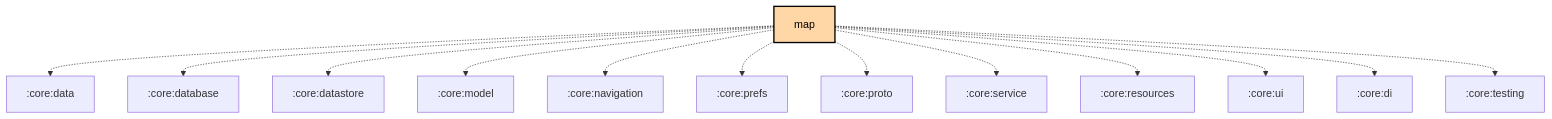
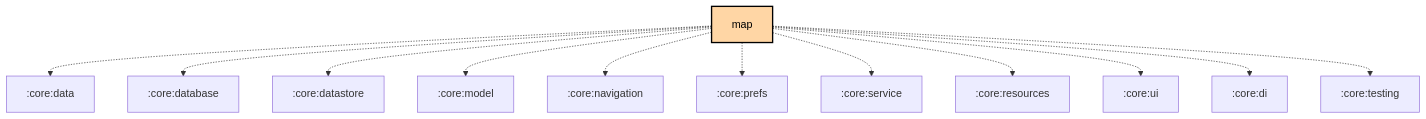
The diagram in feature/map/README.md (meshtastic/Meshtastic-Android), drawn with Mermaid before and after one commit. The commit also changed 17 other files, not shown here.

First line of the commit message:
chore: Scheduled updates (Firmware, Hardware, Translations, Graphs)

````diff
--- a/feature/map/README.md
+++ b/feature/map/README.md
@@ -45,30 +45,29 @@
 ```mermaid
 graph TB
   :feature:map[map]:::kmp-feature
   :feature:map -.-> :core:data
   :feature:map -.-> :core:database
   :feature:map -.-> :core:datastore
   :feature:map -.-> :core:model
   :feature:map -.-> :core:navigation
   :feature:map -.-> :core:prefs
-  :feature:map -.-> :core:proto
   :feature:map -.-> :core:service
   :feature:map -.-> :core:resources
   :feature:map -.-> :core:ui
   :feature:map -.-> :core:di
   :feature:map -.-> :core:testing
 
 classDef android-application fill:#CAFFBF,stroke:#000,stroke-width:2px,color:#000;
 classDef android-application-compose fill:#CAFFBF,stroke:#000,stroke-width:2px,color:#000;
 classDef compose-desktop-application fill:#CAFFBF,stroke:#000,stroke-width:2px,color:#000;
 classDef android-feature fill:#FFD6A5,stroke:#000,stroke-width:2px,color:#000;
 classDef android-library fill:#9BF6FF,stroke:#000,stroke-width:2px,color:#000;
 classDef android-library-compose fill:#9BF6FF,stroke:#000,stroke-width:2px,color:#000;
 classDef android-test fill:#A0C4FF,stroke:#000,stroke-width:2px,color:#000;
 classDef jvm-library fill:#BDB2FF,stroke:#000,stroke-width:2px,color:#000;
 classDef kmp-feature fill:#FFD6A5,stroke:#000,stroke-width:2px,color:#000;
 classDef kmp-library-compose fill:#FFC1CC,stroke:#000,stroke-width:2px,color:#000;
 classDef kmp-library fill:#FFC1CC,stroke:#000,stroke-width:2px,color:#000;
 classDef unknown fill:#FFADAD,stroke:#000,stroke-width:2px,color:#000;
 
 ```
````
